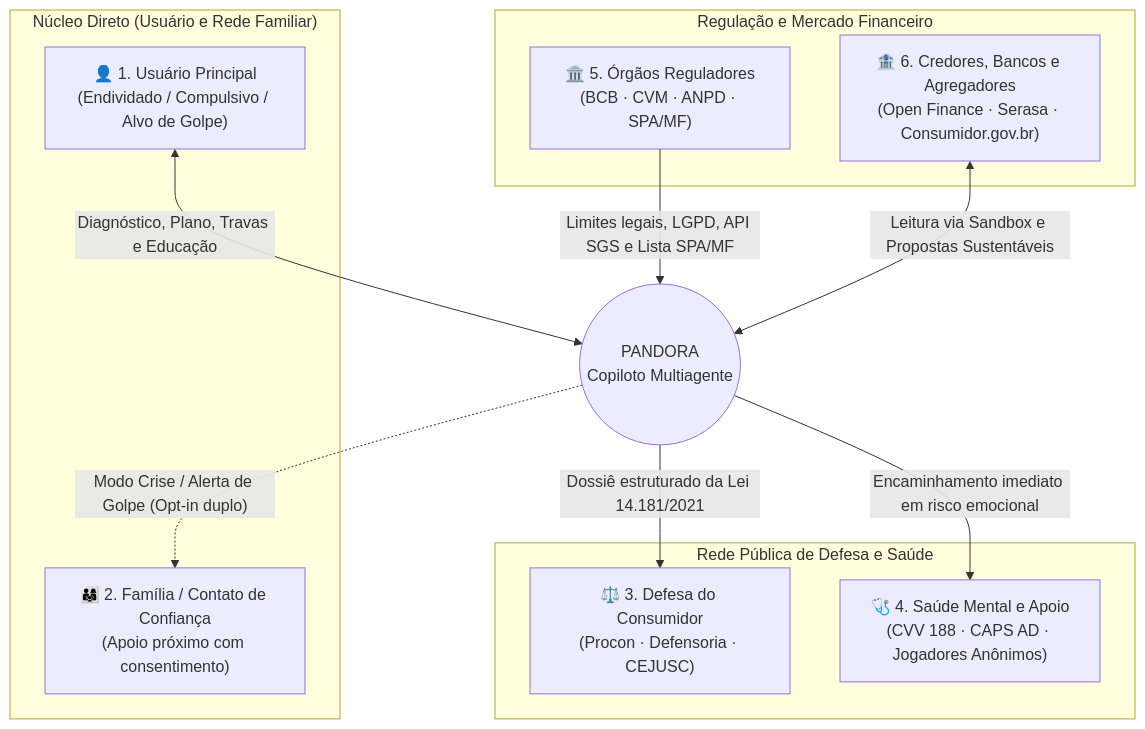
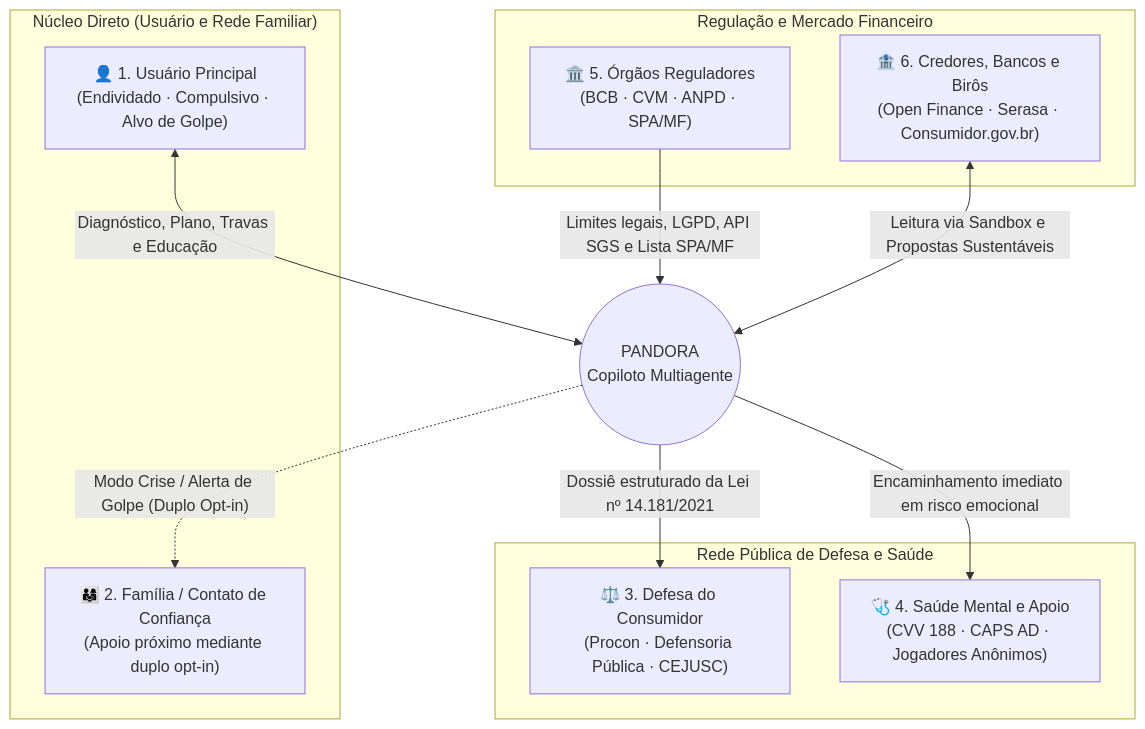
The diagram in docs/escopo/documento-completo-cbl.md (Andre-Atlas/PANDORA), drawn with Mermaid before and after one commit. The commit also changed other lines of this file and 3 other files, not shown here.

````diff
--- a/docs/escopo/documento-completo-cbl.md
+++ b/docs/escopo/documento-completo-cbl.md
@@ -74,24 +125,24 @@
 ```mermaid
 flowchart TB
     subgraph Diretos["Núcleo Direto (Usuário e Rede Familiar)"]
-        U["👤 1. Usuário Principal<br/>(Endividado / Compulsivo / Alvo de Golpe)"]
-        F["👨‍👩‍👧 2. Família / Contato de Confiança<br/>(Apoio próximo com consentimento)"]
+        U["👤 1. Usuário Principal<br/>(Endividado · Compulsivo · Alvo de Golpe)"]
+        F["👨‍👩‍👧 2. Família / Contato de Confiança<br/>(Apoio próximo mediante duplo opt-in)"]
     end
 
     subgraph Protecao["Rede Pública de Defesa e Saúde"]
-        DEF["⚖️ 3. Defesa do Consumidor<br/>(Procon · Defensoria · CEJUSC)"]
+        DEF["⚖️ 3. Defesa do Consumidor<br/>(Procon · Defensoria Pública · CEJUSC)"]
         SAU["🩺 4. Saúde Mental e Apoio<br/>(CVV 188 · CAPS AD · Jogadores Anônimos)"]
     end
 
     subgraph SistemaFinanceiro["Regulação e Mercado Financeiro"]
         REG["🏛️ 5. Órgãos Reguladores<br/>(BCB · CVM · ANPD · SPA/MF)"]
-        CRED["🏦 6. Credores, Bancos e Agregadores<br/>(Open Finance · Serasa · Consumidor.gov.br)"]
+        CRED["🏦 6. Credores, Bancos e Birôs<br/>(Open Finance · Serasa · Consumidor.gov.br)"]
     end
 
     U <-->|"Diagnóstico, Plano, Travas e Educação"| P(("PANDORA<br/>Copiloto Multiagente"))
-    P -.->|"Modo Crise / Alerta de Golpe (Opt-in duplo)"| F
-    P -->|"Dossiê estruturado da Lei 14.181/2021"| DEF
+    P -.->|"Modo Crise / Alerta de Golpe (Duplo Opt-in)"| F
+    P -->|"Dossiê estruturado da Lei nº 14.181/2021"| DEF
     P -->|"Encaminhamento imediato em risco emocional"| SAU
     REG -->|"Limites legais, LGPD, API SGS e Lista SPA/MF"| P
     CRED <-->|"Leitura via Sandbox e Propostas Sustentáveis"| P
 ```
````
